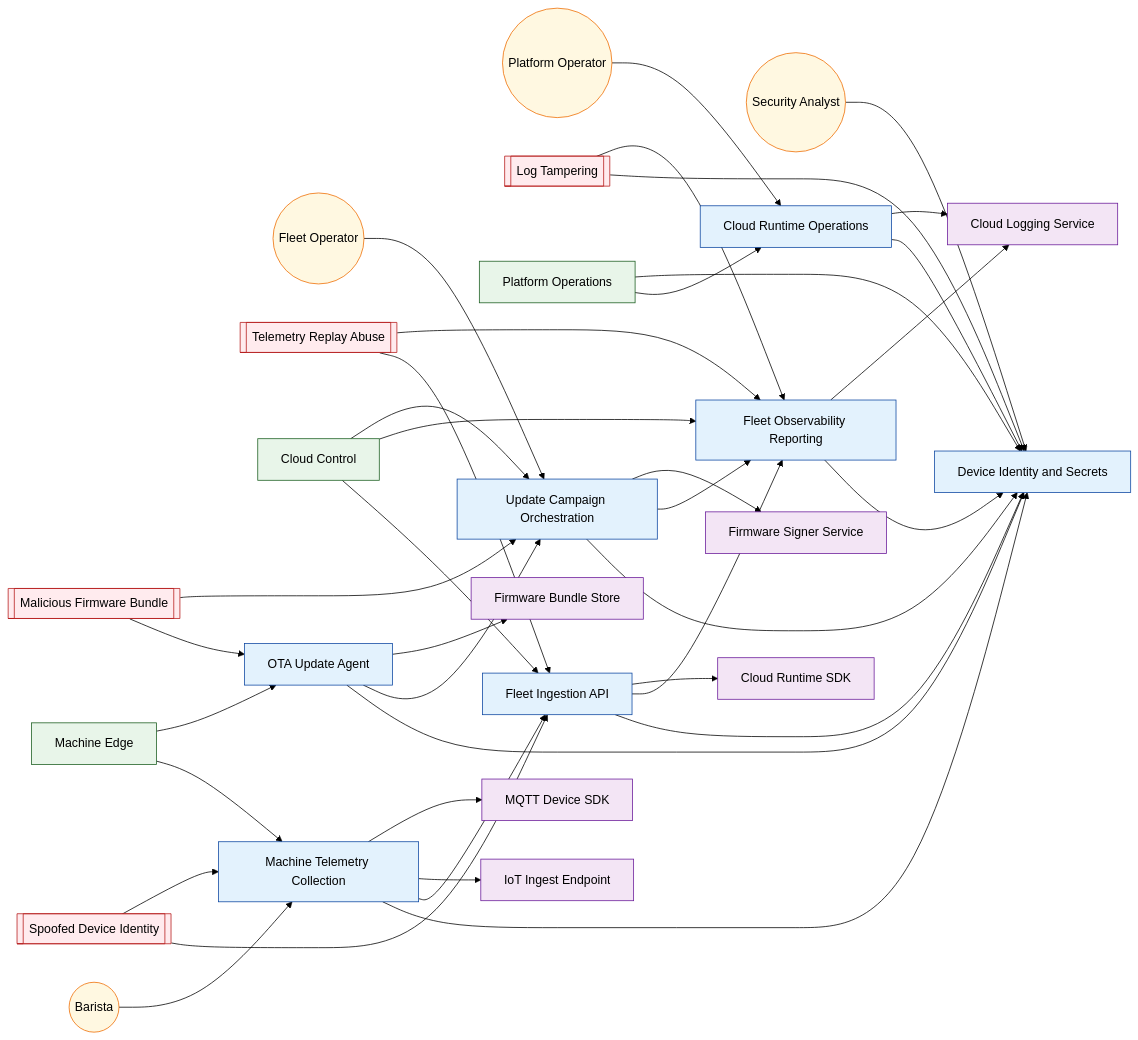
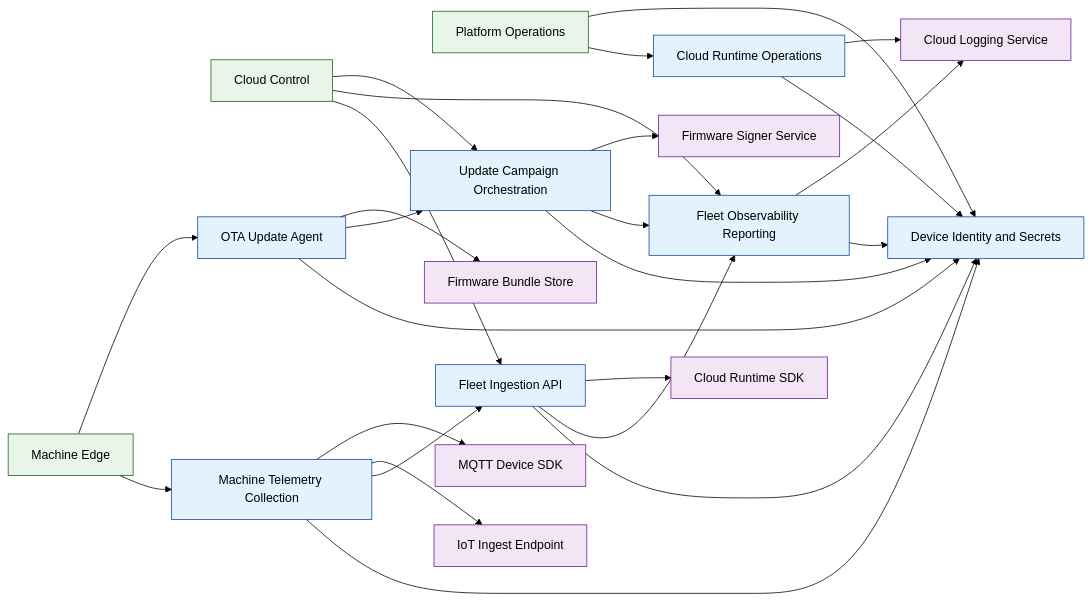
One commit to labeth/engineering-model-go changed the diagram in examples/coffee-fleet-ota-cloud-sample/generated/VIEW-DEPLOYMENT.mmd. Above: the diagram before and after it, drawn with Mermaid (forest theme). The commit also changed 48 other files, not shown here.

Commit message:
added flow view

```diff
--- a/examples/coffee-fleet-ota-cloud-sample/generated/VIEW-DEPLOYMENT.mmd
+++ b/examples/coffee-fleet-ota-cloud-sample/generated/VIEW-DEPLOYMENT.mmd
@@ -1,68 +1,57 @@
 flowchart LR
 %% view: VIEW-DEPLOYMENT (deployment)
-N_ACT_BARISTA(("Barista")):::actor
-N_ACT_FLEET_OPERATOR(("Fleet Operator")):::actor
-N_ACT_PLATFORM_OPERATOR(("Platform Operator")):::actor
-N_ACT_SECURITY_ANALYST(("Security Analyst")):::actor
-N_AV_LOG_TAMPERING[["Log Tampering"]]:::attack_vector
-N_AV_MALICIOUS_FIRMWARE_BUNDLE[["Malicious Firmware Bundle"]]:::attack_vector
-N_AV_SPOOFED_DEVICE_IDENTITY[["Spoofed Device Identity"]]:::attack_vector
-N_AV_TELEMETRY_REPLAY_ABUSE[["Telemetry Replay Abuse"]]:::attack_vector
 N_FG_CLOUD_CONTROL["Cloud Control"]:::functional_group
 N_FG_MACHINE_EDGE["Machine Edge"]:::functional_group
 N_FG_PLATFORM_OPERATIONS["Platform Operations"]:::functional_group
 N_FU_CLOUD_RUNTIME_OPERATIONS["Cloud Runtime Operations"]:::functional_unit
 N_FU_DEVICE_IDENTITY_SECRETS["Device Identity and Secrets"]:::functional_unit
 N_FU_FLEET_INGESTION_API["Fleet Ingestion API"]:::functional_unit
 N_FU_FLEET_OBSERVABILITY_REPORTING["Fleet Observability Reporting"]:::functional_unit
 N_FU_MACHINE_TELEMETRY_COLLECTION["Machine Telemetry Collection"]:::functional_unit
 N_FU_OTA_UPDATE_AGENT["OTA Update Agent"]:::functional_unit
 N_FU_UPDATE_CAMPAIGN_ORCHESTRATION["Update Campaign Orchestration"]:::functional_unit
 N_REF_CLOUD_LOGGING_SERVICE["Cloud Logging Service"]:::referenced_element
 N_REF_CLOUD_RUNTIME_SDK["Cloud Runtime SDK"]:::referenced_element
 N_REF_FIRMWARE_BUNDLE_STORE["Firmware Bundle Store"]:::referenced_element
 N_REF_FIRMWARE_SIGNER_SERVICE["Firmware Signer Service"]:::referenced_element
 N_REF_IOT_INGEST_ENDPOINT["IoT Ingest Endpoint"]:::referenced_element
 N_REF_MQTT_DEVICE_SDK["MQTT Device SDK"]:::referenced_element
-N_ACT_BARISTA --> N_FU_MACHINE_TELEMETRY_COLLECTION
-N_ACT_FLEET_OPERATOR --> N_FU_UPDATE_CAMPAIGN_ORCHESTRATION
-N_ACT_PLATFORM_OPERATOR --> N_FU_CLOUD_RUNTIME_OPERATIONS
-N_ACT_SECURITY_ANALYST --> N_FU_DEVICE_IDENTITY_SECRETS
-N_AV_LOG_TAMPERING --> N_FU_DEVICE_IDENTITY_SECRETS
-N_AV_LOG_TAMPERING --> N_FU_FLEET_OBSERVABILITY_REPORTING
-N_AV_MALICIOUS_FIRMWARE_BUNDLE --> N_FU_OTA_UPDATE_AGENT
-N_AV_MALICIOUS_FIRMWARE_BUNDLE --> N_FU_UPDATE_CAMPAIGN_ORCHESTRATION
-N_AV_SPOOFED_DEVICE_IDENTITY --> N_FU_FLEET_INGESTION_API
-N_AV_SPOOFED_DEVICE_IDENTITY --> N_FU_MACHINE_TELEMETRY_COLLECTION
-N_AV_TELEMETRY_REPLAY_ABUSE --> N_FU_FLEET_INGESTION_API
-N_AV_TELEMETRY_REPLAY_ABUSE --> N_FU_FLEET_OBSERVABILITY_REPORTING
 N_FG_CLOUD_CONTROL --> N_FU_FLEET_INGESTION_API
 N_FG_CLOUD_CONTROL --> N_FU_FLEET_OBSERVABILITY_REPORTING
 N_FG_CLOUD_CONTROL --> N_FU_UPDATE_CAMPAIGN_ORCHESTRATION
 N_FG_MACHINE_EDGE --> N_FU_MACHINE_TELEMETRY_COLLECTION
 N_FG_MACHINE_EDGE --> N_FU_OTA_UPDATE_AGENT
 N_FG_PLATFORM_OPERATIONS --> N_FU_CLOUD_RUNTIME_OPERATIONS
 N_FG_PLATFORM_OPERATIONS --> N_FU_DEVICE_IDENTITY_SECRETS
 N_FU_CLOUD_RUNTIME_OPERATIONS --> N_FU_DEVICE_IDENTITY_SECRETS
 N_FU_CLOUD_RUNTIME_OPERATIONS --> N_REF_CLOUD_LOGGING_SERVICE
 N_FU_FLEET_INGESTION_API --> N_FU_DEVICE_IDENTITY_SECRETS
 N_FU_FLEET_INGESTION_API --> N_FU_FLEET_OBSERVABILITY_REPORTING
 N_FU_FLEET_INGESTION_API --> N_REF_CLOUD_RUNTIME_SDK
 N_FU_FLEET_OBSERVABILITY_REPORTING --> N_FU_DEVICE_IDENTITY_SECRETS
 N_FU_FLEET_OBSERVABILITY_REPORTING --> N_REF_CLOUD_LOGGING_SERVICE
 N_FU_MACHINE_TELEMETRY_COLLECTION --> N_FU_DEVICE_IDENTITY_SECRETS
 N_FU_MACHINE_TELEMETRY_COLLECTION --> N_FU_FLEET_INGESTION_API
 N_FU_MACHINE_TELEMETRY_COLLECTION --> N_REF_IOT_INGEST_ENDPOINT
 N_FU_MACHINE_TELEMETRY_COLLECTION --> N_REF_MQTT_DEVICE_SDK
 N_FU_OTA_UPDATE_AGENT --> N_FU_DEVICE_IDENTITY_SECRETS
 N_FU_OTA_UPDATE_AGENT --> N_FU_UPDATE_CAMPAIGN_ORCHESTRATION
 N_FU_OTA_UPDATE_AGENT --> N_REF_FIRMWARE_BUNDLE_STORE
 N_FU_UPDATE_CAMPAIGN_ORCHESTRATION --> N_FU_DEVICE_IDENTITY_SECRETS
 N_FU_UPDATE_CAMPAIGN_ORCHESTRATION --> N_FU_FLEET_OBSERVABILITY_REPORTING
 N_FU_UPDATE_CAMPAIGN_ORCHESTRATION --> N_REF_FIRMWARE_SIGNER_SERVICE
 classDef functional_group fill:#e8f5e9,stroke:#1b5e20,stroke-width:1px;
 classDef functional_unit fill:#e3f2fd,stroke:#0d47a1,stroke-width:1px;
 classDef actor fill:#fff8e1,stroke:#ef6c00,stroke-width:1px;
 classDef attack_vector fill:#ffebee,stroke:#b71c1c,stroke-width:1px;
 classDef referenced_element fill:#f3e5f5,stroke:#6a1b9a,stroke-width:1px;
+classDef interface fill:#e8f5e9,stroke:#2e7d32,stroke-width:1px;
+classDef data_object fill:#fff3e0,stroke:#ef6c00,stroke-width:1px;
+classDef deployment_target fill:#ede7f6,stroke:#5e35b1,stroke-width:1px;
+classDef control fill:#fce4ec,stroke:#ad1457,stroke-width:1px;
+classDef trust_boundary fill:#e0f7fa,stroke:#006064,stroke-width:1px;
+classDef state fill:#e1f5fe,stroke:#0277bd,stroke-width:1px;
+classDef event fill:#fffde7,stroke:#f9a825,stroke-width:1px;
+classDef flow fill:#ede7f6,stroke:#4527a0,stroke-width:1px;
+classDef flow_step fill:#f1f8e9,stroke:#33691e,stroke-width:1px;
 classDef unknown fill:#ffffff,stroke:#adb5bd,stroke-width:1px;
```
